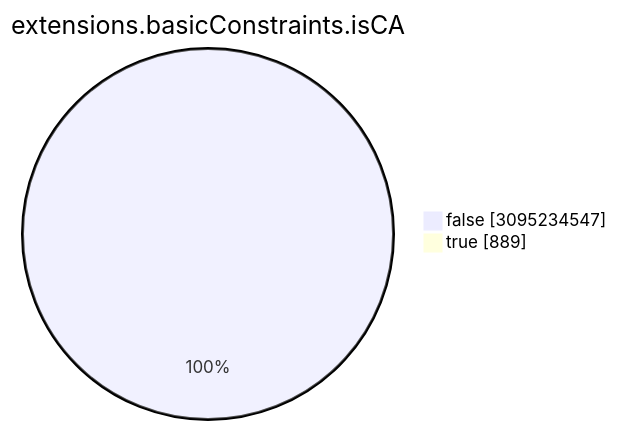
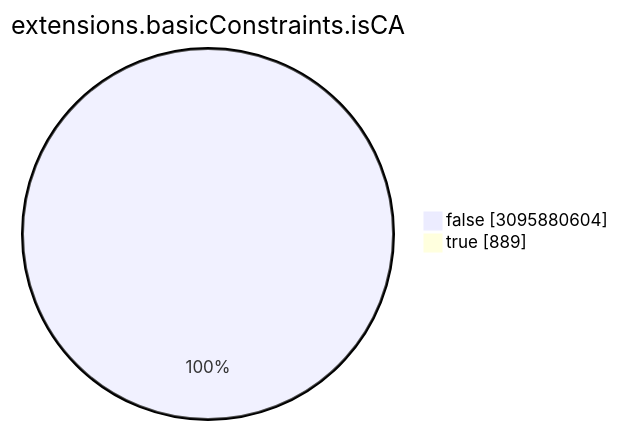
One commit to christiankrug/ctmonitor_visualization changed the seventh of 15 diagrams in TOTAL/README.md. Above: the diagram before and after it, drawn with Mermaid. The commit also changed other lines of this file, not shown here.

````diff
--- a/TOTAL/README.md
+++ b/TOTAL/README.md
@@ -3088,6 +3088,6 @@
 ```mermaid
 pie showData
 title extensions.basicConstraints.isCA
-"false" :3095234547
+"false" :3095880604
 "true" :889
 ```
````
